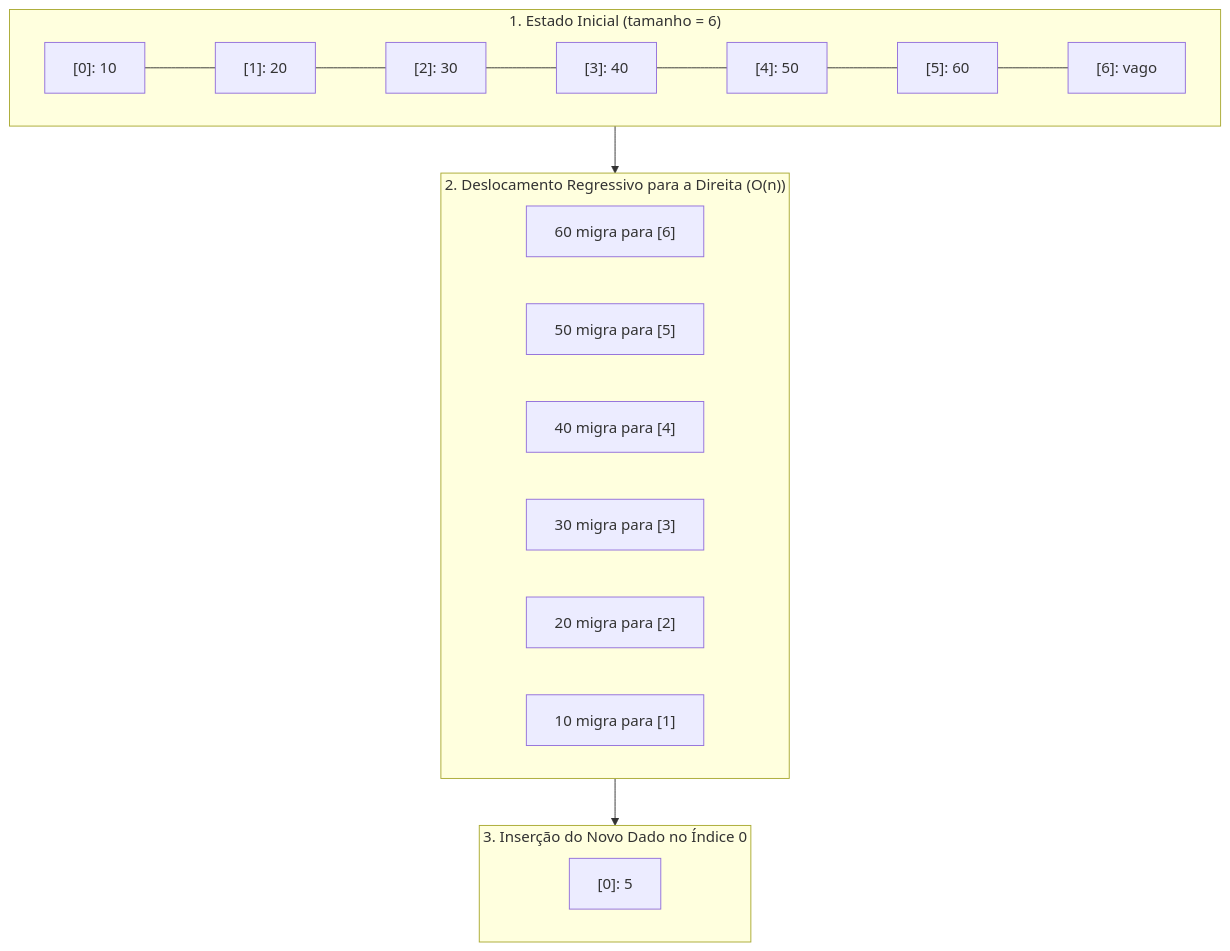
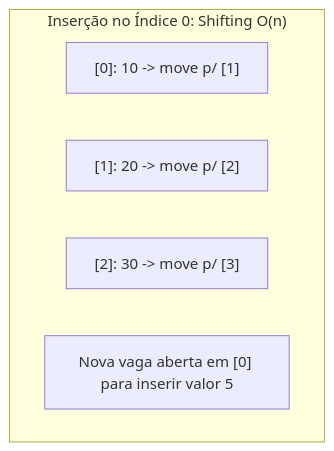
Diagram 12 of 26 in 4º Semestre/[Prof. Wesley Soares] Estrutura de Dados I/Resumos-IA/Simulados-Comentados.md (murilolol/unifef), drawn with Mermaid before and after one commit. The commit also changed other lines of this file and 58 other files, not shown here.

````diff
--- a/4º Semestre/[Prof. Wesley Soares] Estrutura de Dados I/Resumos-IA/Simulados-Comentados.md
+++ b/4º Semestre/[Prof. Wesley Soares] Estrutura de Dados I/Resumos-IA/Simulados-Comentados.md
@@ -912,21 +584,9 @@
 ```mermaid
 flowchart TD
-  subgraph EstadoOriginal["1. Estado Inicial (tamanho = 6)"]
-    V0["[0]: 10"] --- V1["[1]: 20"] --- V2["[2]: 30"] --- V3["[3]: 40"] --- V4["[4]: 50"] --- V5["[5]: 60"] --- V6["[6]: vago"]
-  end
-
-  subgraph Deslocamento["2. Deslocamento Regressivo para a Direita (O(n))"]
-    M5["60 migra para [6]"]
-    M4["50 migra para [5]"]
-    M3["40 migra para [4]"]
-    M2["30 migra para [3]"]
-    M1["20 migra para [2]"]
-    M0["10 migra para [1]"]
-  end
-
-  subgraph Insercao["3. Inserção do Novo Dado no Índice 0"]
-    Novo["[0]: 5"]
-  end
-
-  EstadoOriginal --> Deslocamento --> Insercao
+    subgraph DeslocamentoDireita["Inserção no Índice 0: Shifting O(n)"]
+        D0["[0]: 10 -> move p/ [1]"]
+        D1["[1]: 20 -> move p/ [2]"]
+        D2["[2]: 30 -> move p/ [3]"]
+        Novo["Nova vaga aberta em [0] para inserir valor 5"]
+    end
 ```
````
